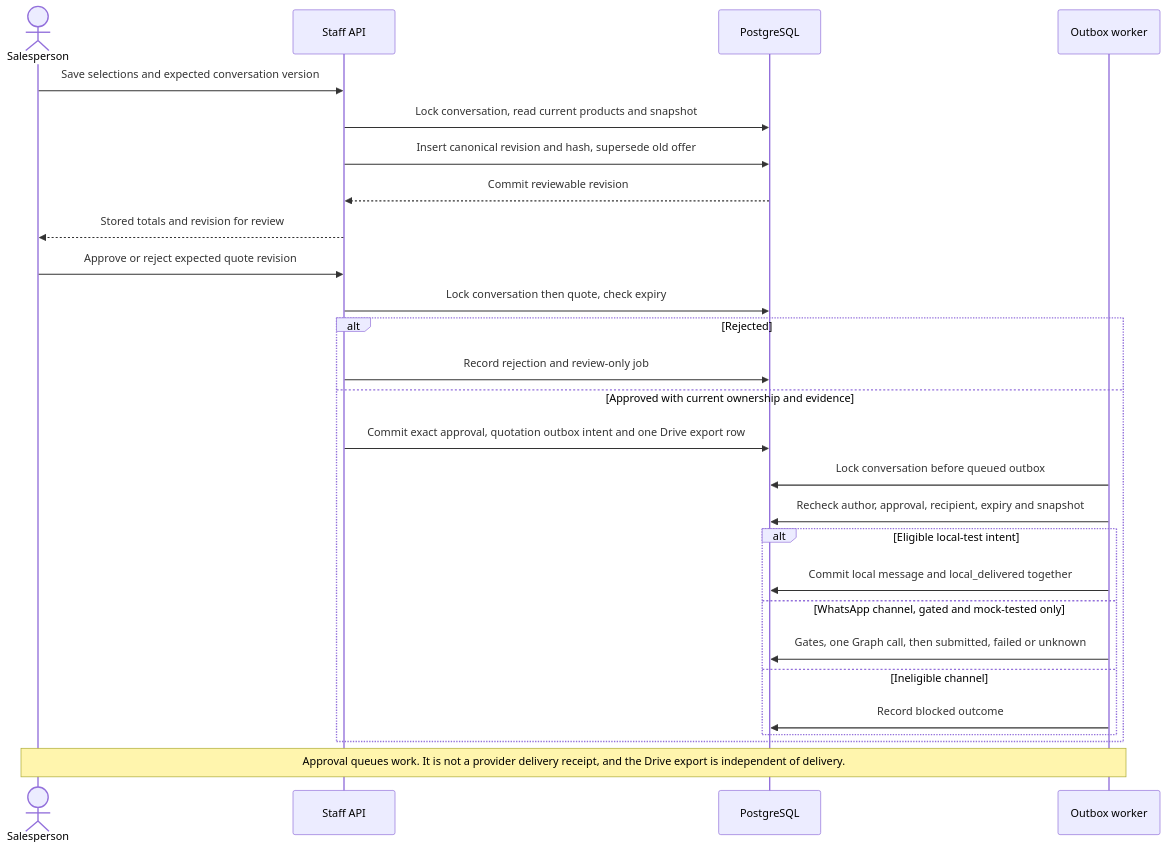
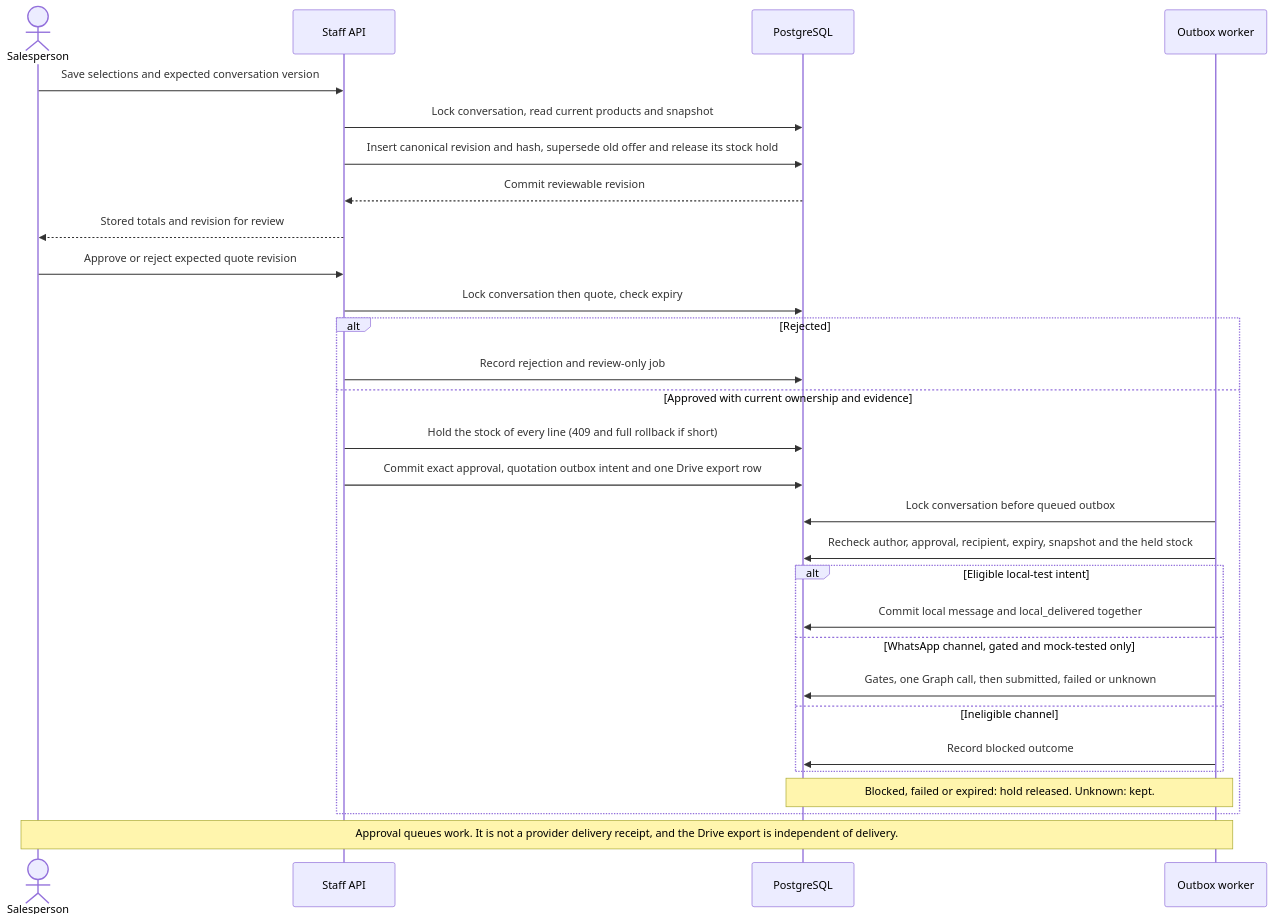
The diagram in docs/diagrams/quotation-approval.mmd (Nagdy8888/lumaquote), drawn with Mermaid before and after one commit. The commit also changed 30 other files, not shown here.

Commit message:
feat(inventory): reserve stock on approval and release on every exit (T2, D49)

```diff
--- a/docs/diagrams/quotation-approval.mmd
+++ b/docs/diagrams/quotation-approval.mmd
@@ -1,29 +1,31 @@
 sequenceDiagram
   accTitle: Exact quotation review and revalidated local delivery
-  accDescr: The backend creates immutable canonical content, staff approves that revision, and the worker rechecks ownership, approval, expiry and commercial evidence before the local effect.
+  accDescr: The backend creates immutable canonical content, staff approves that revision and the approval holds its stock in the same transaction, and the worker rechecks ownership, approval, expiry, commercial evidence and the held stock before the local effect. Blocked, failed, superseded and expired quotes release the hold.
   actor Staff as Salesperson
   participant API as Staff API
   participant DB as PostgreSQL
   participant W as Outbox worker
   Staff->>API: Save selections and expected conversation version
   API->>DB: Lock conversation, read current products and snapshot
-  API->>DB: Insert canonical revision and hash, supersede old offer
+  API->>DB: Insert canonical revision and hash, supersede old offer and release its stock hold
   DB-->>API: Commit reviewable revision
   API-->>Staff: Stored totals and revision for review
   Staff->>API: Approve or reject expected quote revision
   API->>DB: Lock conversation then quote, check expiry
   alt Rejected
     API->>DB: Record rejection and review-only job
   else Approved with current ownership and evidence
+    API->>DB: Hold the stock of every line (409 and full rollback if short)
     API->>DB: Commit exact approval, quotation outbox intent and one Drive export row
     W->>DB: Lock conversation before queued outbox
-    W->>DB: Recheck author, approval, recipient, expiry and snapshot
+    W->>DB: Recheck author, approval, recipient, expiry, snapshot and the held stock
     alt Eligible local-test intent
       W->>DB: Commit local message and local_delivered together
     else WhatsApp channel, gated and mock-tested only
       W->>DB: Gates, one Graph call, then submitted, failed or unknown
     else Ineligible channel
       W->>DB: Record blocked outcome
     end
+    Note over W,DB: Blocked, failed or expired: hold released. Unknown: kept.
   end
   Note over Staff,W: Approval queues work. It is not a provider delivery receipt, and the Drive export is independent of delivery.
```
